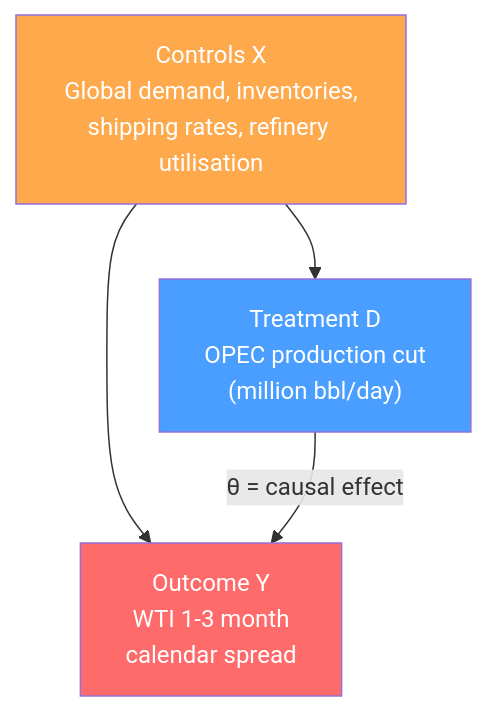
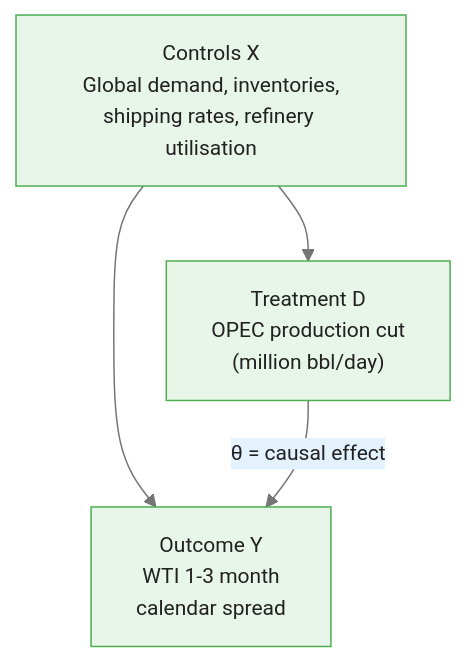
Before and after one commit to m-deane/course-creator: the first of 4 diagrams in courses/double-machine-learning/modules/module_00_foundations/guides/01_causal_inference_problem_slides.md, drawn with Mermaid. The commit also changed other lines of this file and 40 other files, not shown here.

````diff
--- a/courses/double-machine-learning/modules/module_00_foundations/guides/01_causal_inference_problem_slides.md
+++ b/courses/double-machine-learning/modules/module_00_foundations/guides/01_causal_inference_problem_slides.md
@@ -53,9 +57,7 @@
 ```mermaid
+%%{init: {"theme": "base", "themeVariables": {"primaryColor": "#e8f5e9", "primaryBorderColor": "#4caf50", "primaryTextColor": "#212121", "secondaryColor": "#e3f2fd", "tertiaryColor": "#fff8e1", "lineColor": "#757575", "fontFamily": "Inter, sans-serif", "fontSize": "14px"}}}%%
 graph TD
     X["Controls X<br/>Global demand, inventories,<br/>shipping rates, refinery utilisation"] --> D["Treatment D<br/>OPEC production cut<br/>(million bbl/day)"]
     X --> Y["Outcome Y<br/>WTI 1-3 month<br/>calendar spread"]
     D -->|"θ = causal effect"| Y
-    style D fill:#4a9eff,color:#fff
-    style Y fill:#ff6b6b,color:#fff
-    style X fill:#ffa94d,color:#fff
 ```
````
